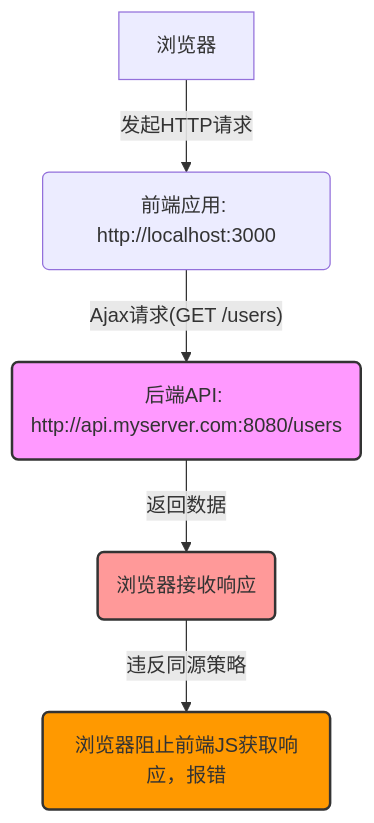
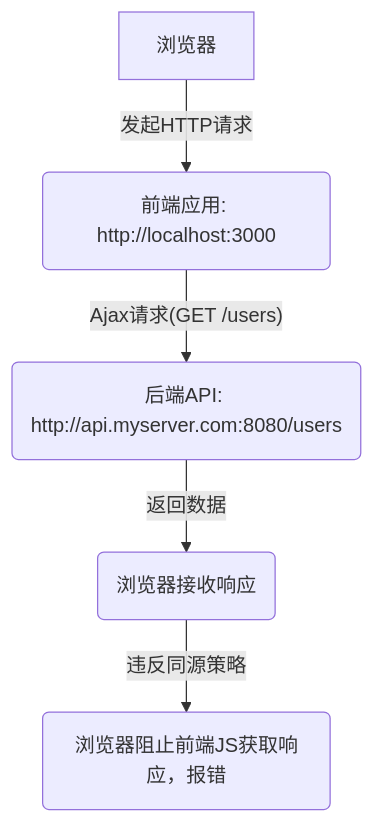
One commit to teatang/t-blog changed the diagram in source/_posts/2023/2023-03-17_跨域问题详解及解决方案.md. Above: the diagram before and after it, drawn with Mermaid. The commit also changed 24 other files, not shown here.

````diff
--- a/source/_posts/2023/2023-03-17_跨域问题详解及解决方案.md
+++ b/source/_posts/2023/2023-03-17_跨域问题详解及解决方案.md
@@ -61,10 +61,7 @@
 ```mermaid
 graph TD
     A[浏览器] --发起HTTP请求--> B(前端应用: http://localhost:3000)
     B --Ajax请求(GET /users)--> C(后端API: http://api.myserver.com:8080/users)
     C --返回数据--> D(浏览器接收响应)
     D --违反同源策略--> E(浏览器阻止前端JS获取响应，报错)
-    style C fill:#f9f,stroke:#333,stroke-width:2px
-    style D fill:#f99,stroke:#333,stroke-width:2px
-    style E fill:#f90,stroke:#333,stroke-width:2px
 ```
````
